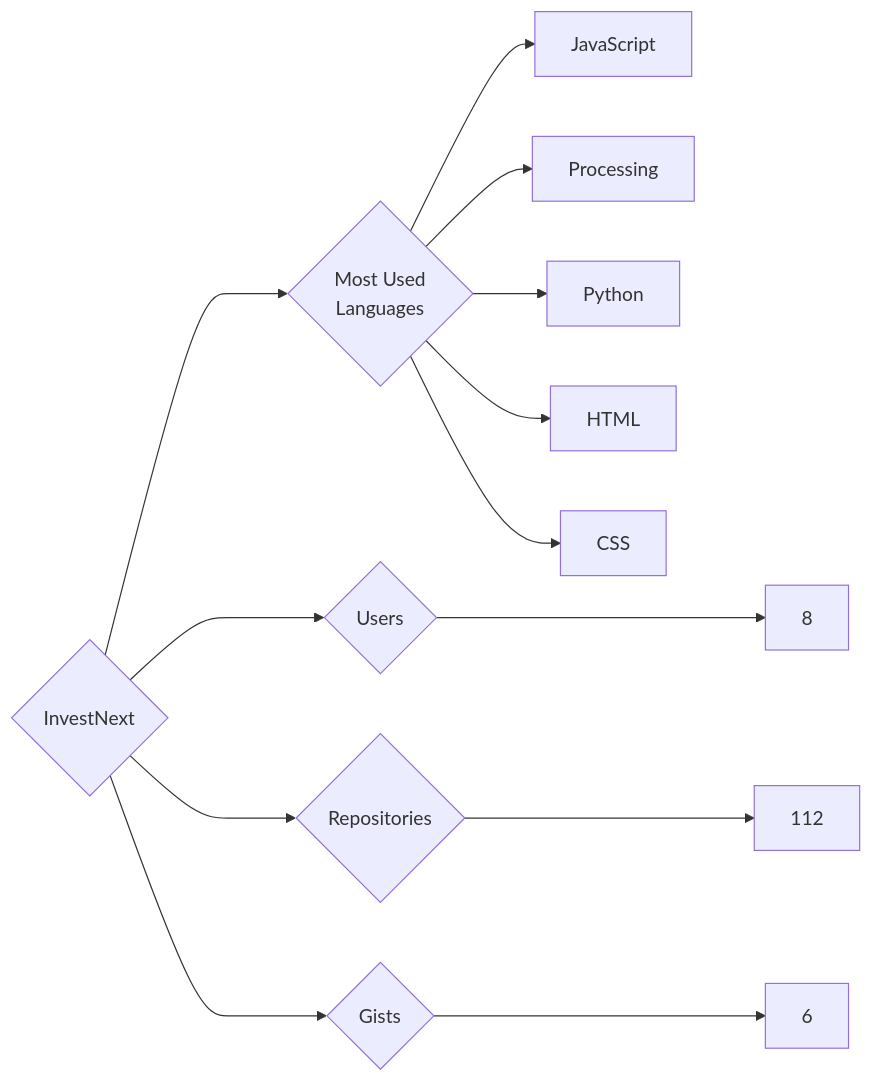
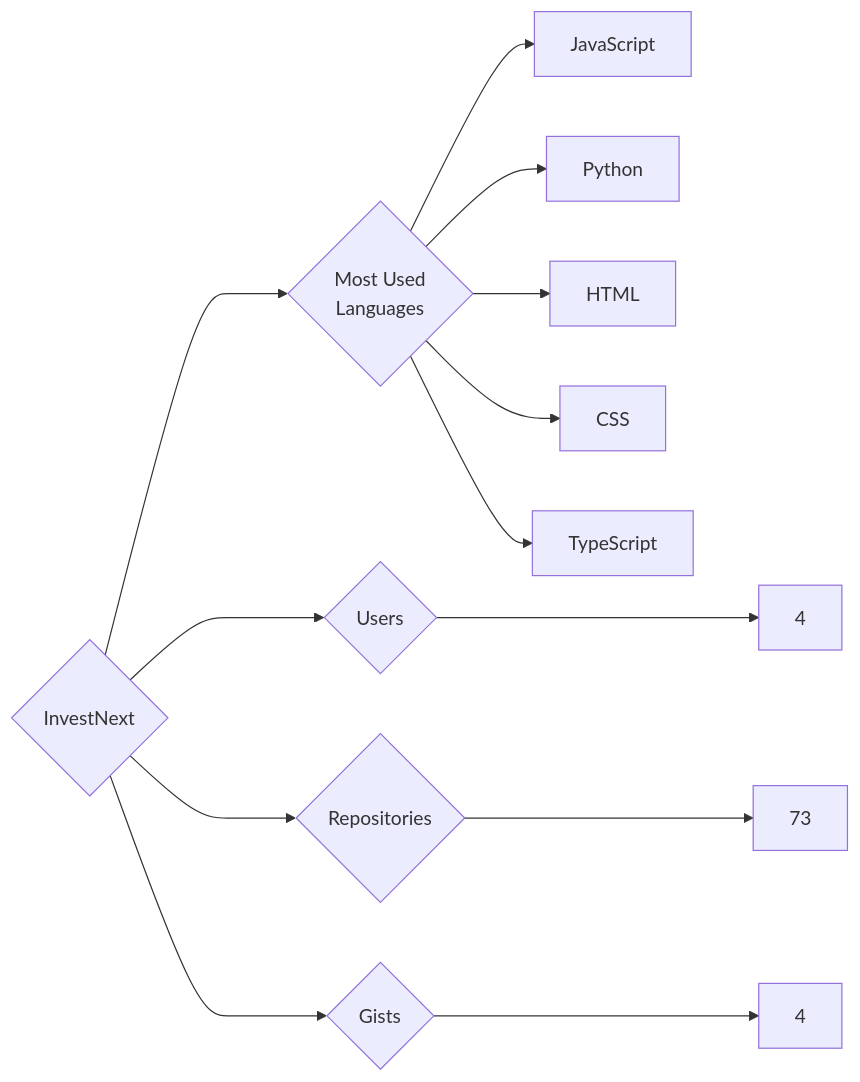
Before and after one commit to trickest/insiders: the diagram in targets/InvestNext/README.md, drawn with Mermaid. The commit also changed 1055 other files, not shown here.

````diff
--- a/targets/InvestNext/README.md
+++ b/targets/InvestNext/README.md
@@ -3,13 +3,13 @@
 ```mermaid
 graph LR
 COMPANY_NAME{InvestNext}
-COMPANY_NAME ---> U{Users} ---> UN[8]
-COMPANY_NAME ---> R{Repositories} ---> RN[112]
-COMPANY_NAME ---> G{Gists} ---> GN[6]
+COMPANY_NAME ---> U{Users} ---> UN[4]
+COMPANY_NAME ---> R{Repositories} ---> RN[73]
+COMPANY_NAME ---> G{Gists} ---> GN[4]
 COMPANY_NAME ---> ML{Most Used<br>Languages}
 ML --> JavaScript[JavaScript]
-ML --> Processing[Processing]
 ML --> Python[Python]
 ML --> HTML[HTML]
 ML --> CSS[CSS]
+ML --> TypeScript[TypeScript]
 ```
````
